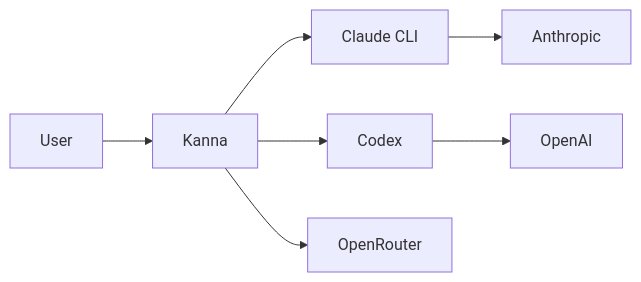
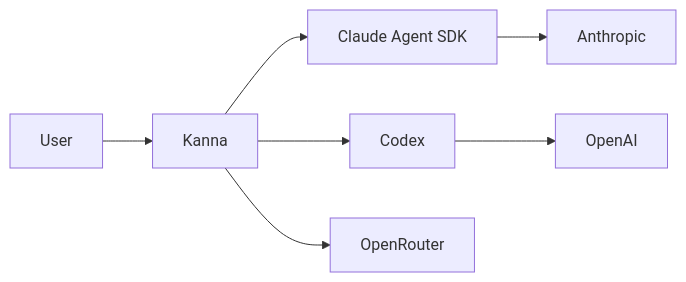
One commit to cuongtranba/kanna changed the diagram in wiki/src/content/docs/features/advanced.mdx. Above: the diagram before and after it, drawn with Mermaid. The commit also changed other lines of this file and 56 other files, not shown here.

First line of the commit message:
docs: reorganize the README, refresh the wiki, and add architecture diagrams (#1225)

````diff
--- a/wiki/src/content/docs/features/advanced.mdx
+++ b/wiki/src/content/docs/features/advanced.mdx
@@ -73,9 +78,9 @@
 ```mermaid
 graph LR
   User --> Kanna
-  Kanna --> ClaudeCLI[Claude CLI]
+  Kanna --> SDK[Claude Agent SDK]
   Kanna --> Codex
   Kanna --> OpenRouter
-  ClaudeCLI --> Anthropic
+  SDK --> Anthropic
   Codex --> OpenAI
 ```
````
